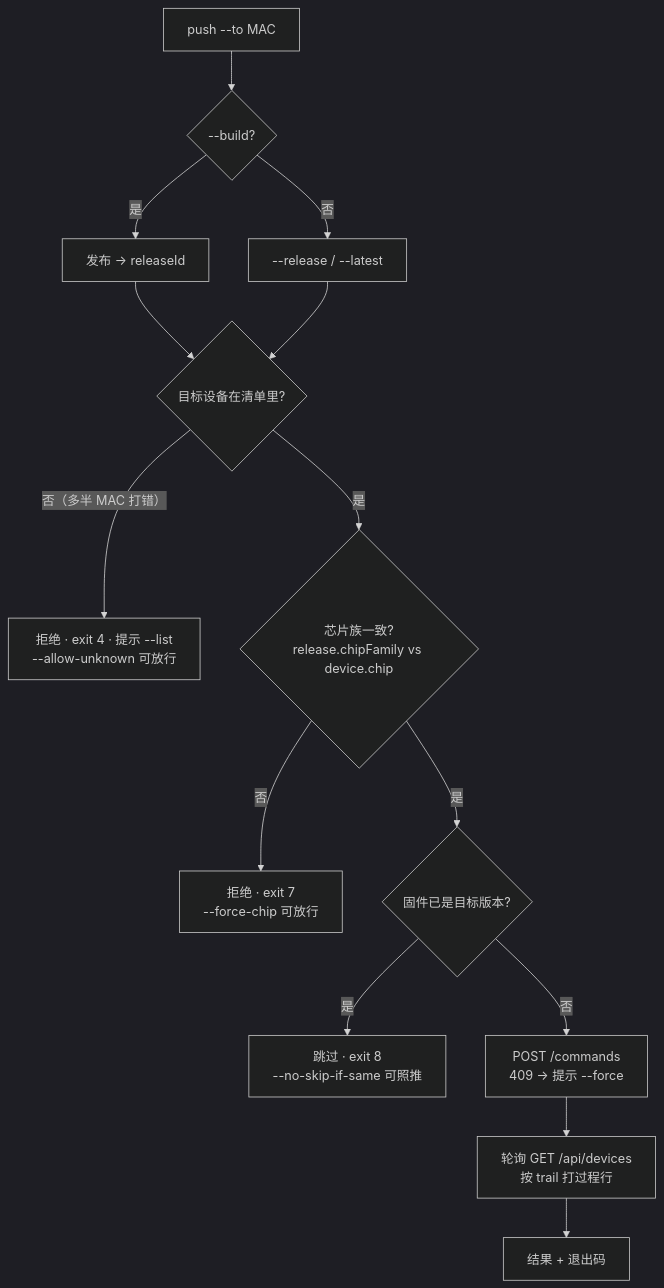
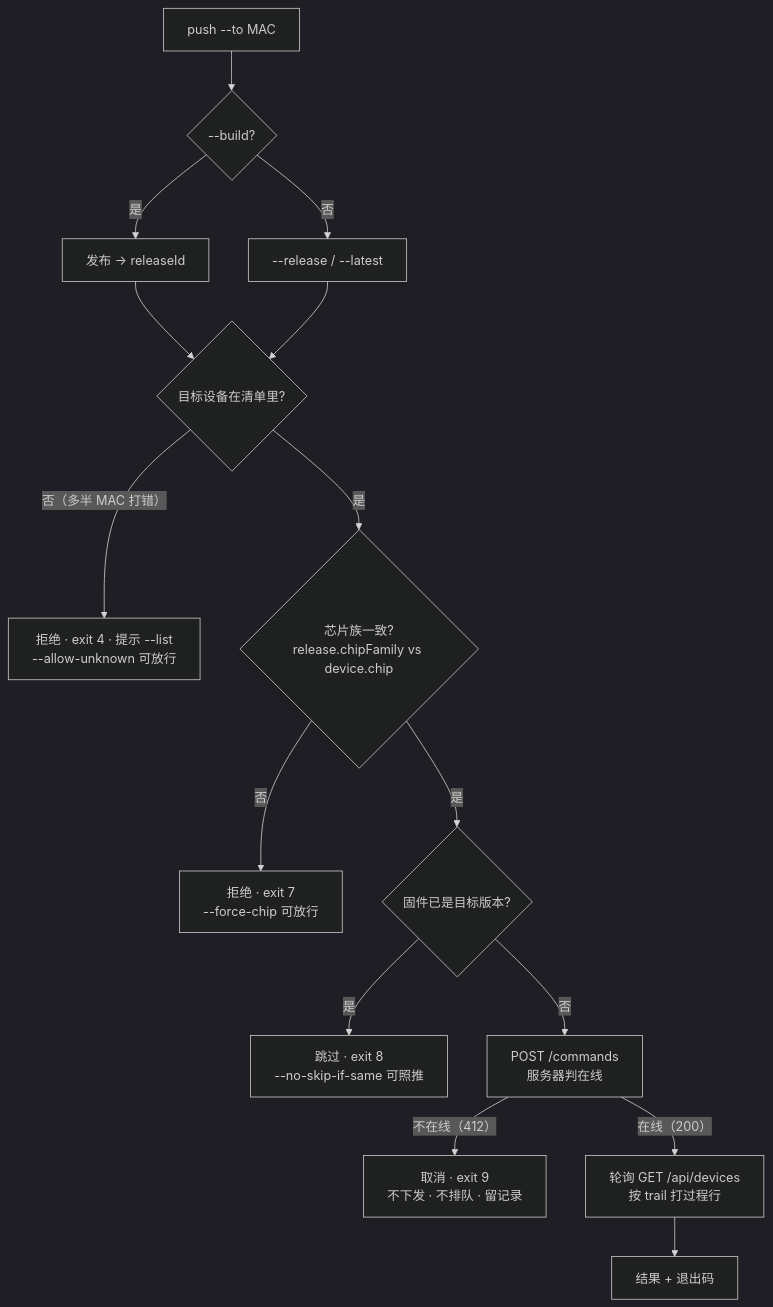
Before and after one commit to OULIHONG1999/esp32-web: the first of 2 diagrams in docs/PUSH-TO-DEVICE.md, drawn with Mermaid (dark theme). The commit also changed other lines of this file and 2 other files, not shown here.

Commit message:
docs(PUSH): 设计修订——离线设备不下发/不排队/直接取消（判定权归服务器，412 + cancelled 记录）

````diff
--- a/docs/PUSH-TO-DEVICE.md
+++ b/docs/PUSH-TO-DEVICE.md
@@ -112,16 +125,17 @@
 ```mermaid
 flowchart TD
   A["push --to MAC"] --> B{"--build?"}
   B -- 是 --> C["发布 → releaseId"]
   B -- 否 --> D["--release / --latest"]
   C --> E{"目标设备在清单里?"}
   D --> E
   E -- "否（多半 MAC 打错）" --> X1["拒绝 · exit 4 · 提示 --list<br/>--allow-unknown 可放行"]
   E -- 是 --> F{"芯片族一致?<br/>release.chipFamily vs device.chip"}
   F -- 否 --> X2["拒绝 · exit 7<br/>--force-chip 可放行"]
   F -- 是 --> G{"固件已是目标版本?"}
   G -- 是 --> X3["跳过 · exit 8<br/>--no-skip-if-same 可照推"]
-  G -- 否 --> H["POST /commands<br/>409 → 提示 --force"]
-  H --> I["轮询 GET /api/devices<br/>按 trail 打过程行"]
+  G -- 否 --> H["POST /commands<br/>服务器判在线"]
+  H -- "不在线（412）" --> X4["取消 · exit 9<br/>不下发 · 不排队 · 留记录"]
+  H -- "在线（200）" --> I["轮询 GET /api/devices<br/>按 trail 打过程行"]
   I --> J["结果 + 退出码"]
 ```
````
